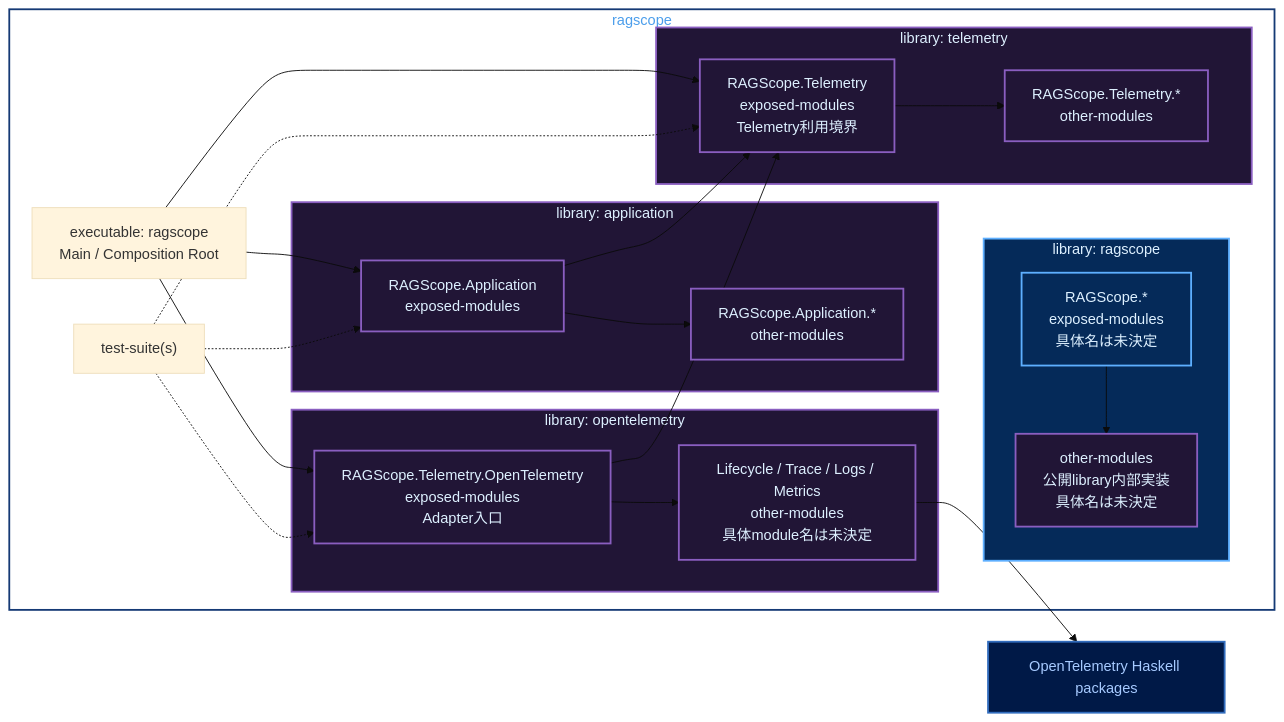
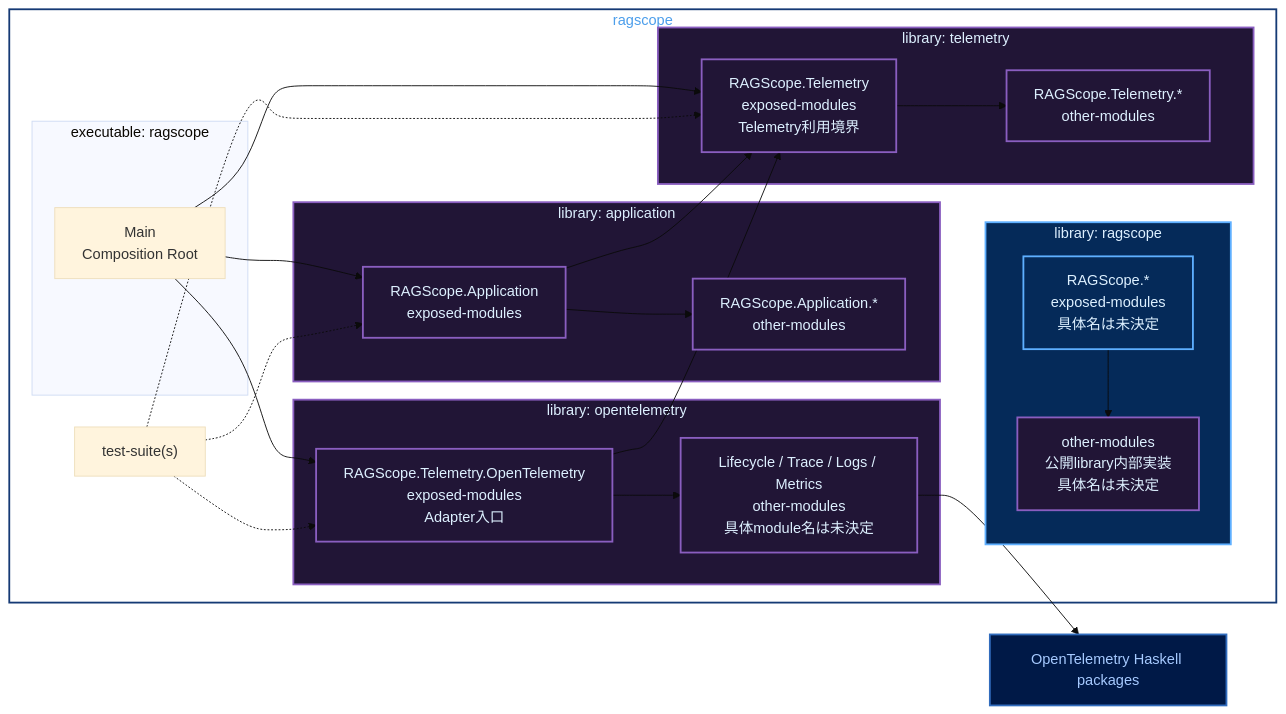
Before and after one commit to takashit16833/Workbench: the diagram in Notes/RAGScope/RAGScopeアプリケーション/RS-0024 Haskellライブラリ・モジュールマップ.md, drawn with Mermaid (base theme).

Commit message:
notes: group executable component in RS-0024 map

````diff
--- a/Notes/RAGScope/RAGScopeアプリケーション/RS-0024 Haskellライブラリ・モジュールマップ.md
+++ b/Notes/RAGScope/RAGScopeアプリケーション/RS-0024 Haskellライブラリ・モジュールマップ.md
@@ -19,55 +19,58 @@
 ```mermaid
 flowchart LR
     subgraph PKG["ragscope"]
         subgraph PUBLIC["library: ragscope"]
             PUBEX["RAGScope.*<br/>exposed-modules<br/>具体名は未決定"]:::public
             PUBOTHER["other-modules<br/>公開library内部実装<br/>具体名は未決定"]:::private
             PUBEX --> PUBOTHER
         end
 
         subgraph APPLICATION["library: application"]
             APP["RAGScope.Application<br/>exposed-modules"]:::private
             APPOTHER["RAGScope.Application.*<br/>other-modules"]:::private
             APP --> APPOTHER
         end
 
         subgraph TELEMETRY["library: telemetry"]
             TEL["RAGScope.Telemetry<br/>exposed-modules<br/>Telemetry利用境界"]:::private
             TELOTHER["RAGScope.Telemetry.*<br/>other-modules"]:::private
             TEL --> TELOTHER
         end
 
         subgraph OTEL["library: opentelemetry"]
             OTELAPI["RAGScope.Telemetry.OpenTelemetry<br/>exposed-modules<br/>Adapter入口"]:::private
             OTELOTHER["Lifecycle / Trace / Logs / Metrics<br/>other-modules<br/>具体module名は未決定"]:::private
             OTELAPI --> OTELOTHER
         end
 
-        MAIN["executable: ragscope<br/>Main / Composition Root"]
+        subgraph EXECUTABLE["executable: ragscope"]
+            MAIN["Main<br/>Composition Root"]
+        end
+
         TEST["test-suite(s)"]
 
         MAIN --> APP
         MAIN --> TEL
         MAIN --> OTELAPI
 
         APP --> TEL
         OTELAPI --> TEL
 
         TEST -.-> APP
         TEST -.-> TEL
         TEST -.-> OTELAPI
     end
 
     SDK["OpenTelemetry Haskell packages"]:::external
     OTELOTHER --> SDK
 
     classDef public fill:#052A59,stroke:#5EAFFF,color:#DDF0FF,stroke-width:2px
     classDef private fill:#211536,stroke:#8A5EC0,color:#DDF0FF,stroke-width:2px
     classDef external fill:#001947,stroke:#316CBD,color:#A6CAFF,stroke-width:2px
 
     style PKG fill:transparent,stroke:#153A75,color:#4C9EEB,stroke-width:2px
     style PUBLIC fill:#052A59,stroke:#5EAFFF,color:#DDF0FF,stroke-width:2px
     style APPLICATION fill:#211536,stroke:#8A5EC0,color:#DDF0FF,stroke-width:2px
     style TELEMETRY fill:#211536,stroke:#8A5EC0,color:#DDF0FF,stroke-width:2px
     style OTEL fill:#211536,stroke:#8A5EC0,color:#DDF0FF,stroke-width:2px
 ```
````
